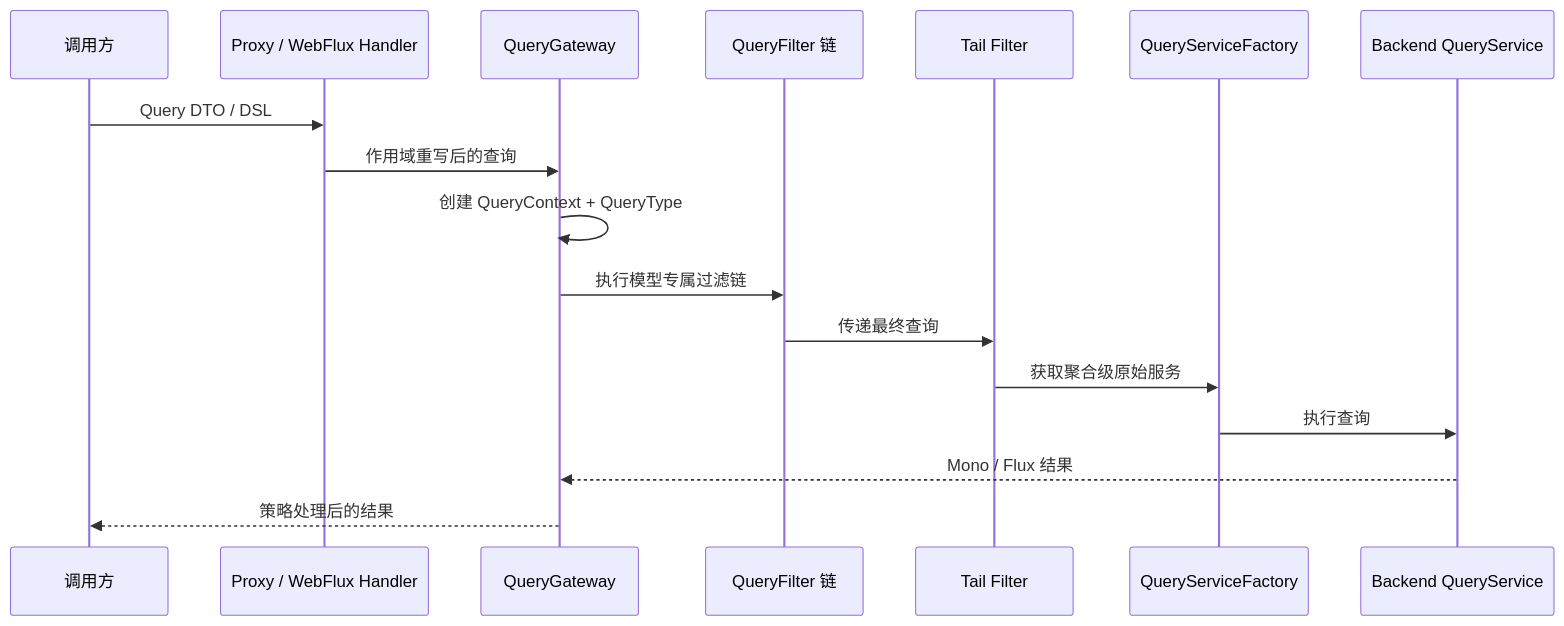
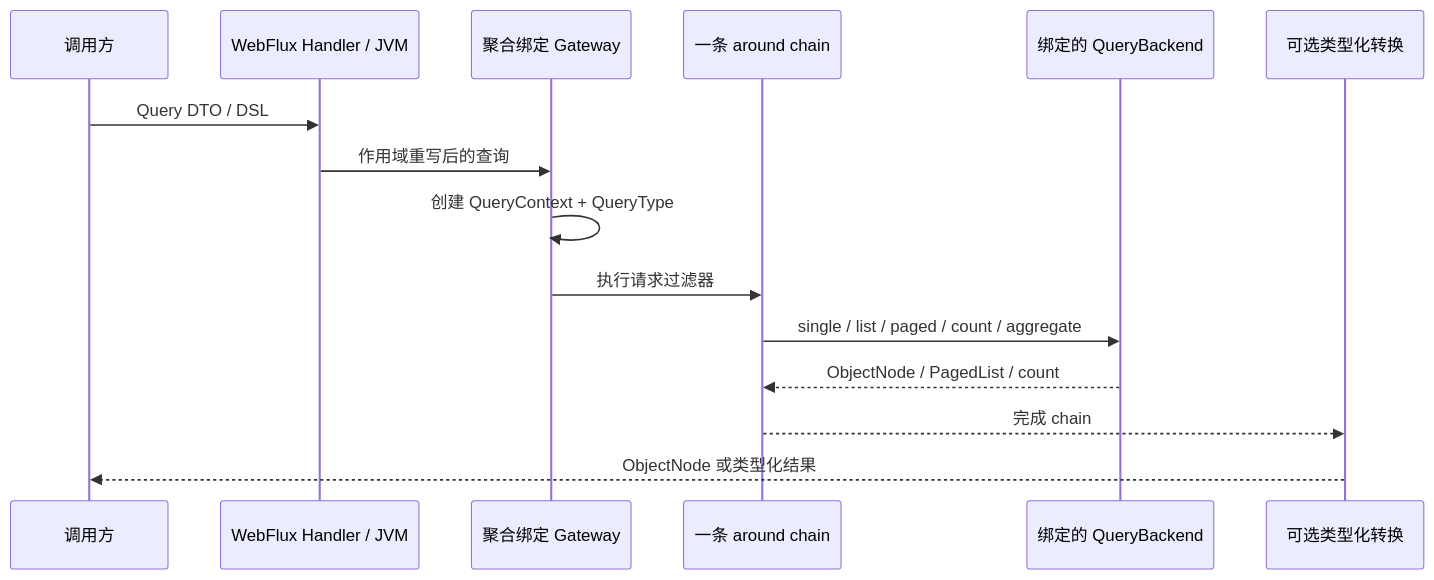
Before and after one commit to Ahoo-Wang/Wow: the diagram in documentation/docs/zh/guide/query/query-gateway.md, drawn with Mermaid. The commit also changed other lines of this file and 248 other files, not shown here.

First line of the commit message:
refactor(query): introduce V9 query gateway backends (#3095)

````diff
--- a/documentation/docs/zh/guide/query/query-gateway.md
+++ b/documentation/docs/zh/guide/query/query-gateway.md
@@ -18,19 +18,17 @@
 ```mermaid
 sequenceDiagram
     participant Caller as 调用方
-    participant Entry as Proxy / WebFlux Handler
-    participant Gateway as QueryGateway
-    participant Filters as QueryFilter 链
-    participant Tail as Tail Filter
-    participant Factory as QueryServiceFactory
-    participant Backend as Backend QueryService
+    participant Entry as WebFlux Handler / JVM
+    participant Gateway as 聚合绑定 Gateway
+    participant Filters as 一条 around chain
+    participant Backend as 绑定的 QueryBackend
+    participant Jackson as 可选类型化转换
     Caller->>Entry: Query DTO / DSL
     Entry->>Gateway: 作用域重写后的查询
     Gateway->>Gateway: 创建 QueryContext + QueryType
-    Gateway->>Filters: 执行模型专属过滤链
-    Filters->>Tail: 传递最终查询
-    Tail->>Factory: 获取聚合级原始服务
-    Factory->>Backend: 执行查询
-    Backend-->>Gateway: Mono / Flux 结果
-    Gateway-->>Caller: 策略处理后的结果
+    Gateway->>Filters: 执行请求过滤器
+    Filters->>Backend: single / list / paged / count / aggregate
+    Backend-->>Filters: ObjectNode / PagedList / count
+    Filters-->>Jackson: 完成 chain
+    Jackson-->>Caller: ObjectNode 或类型化结果
 ```
````
